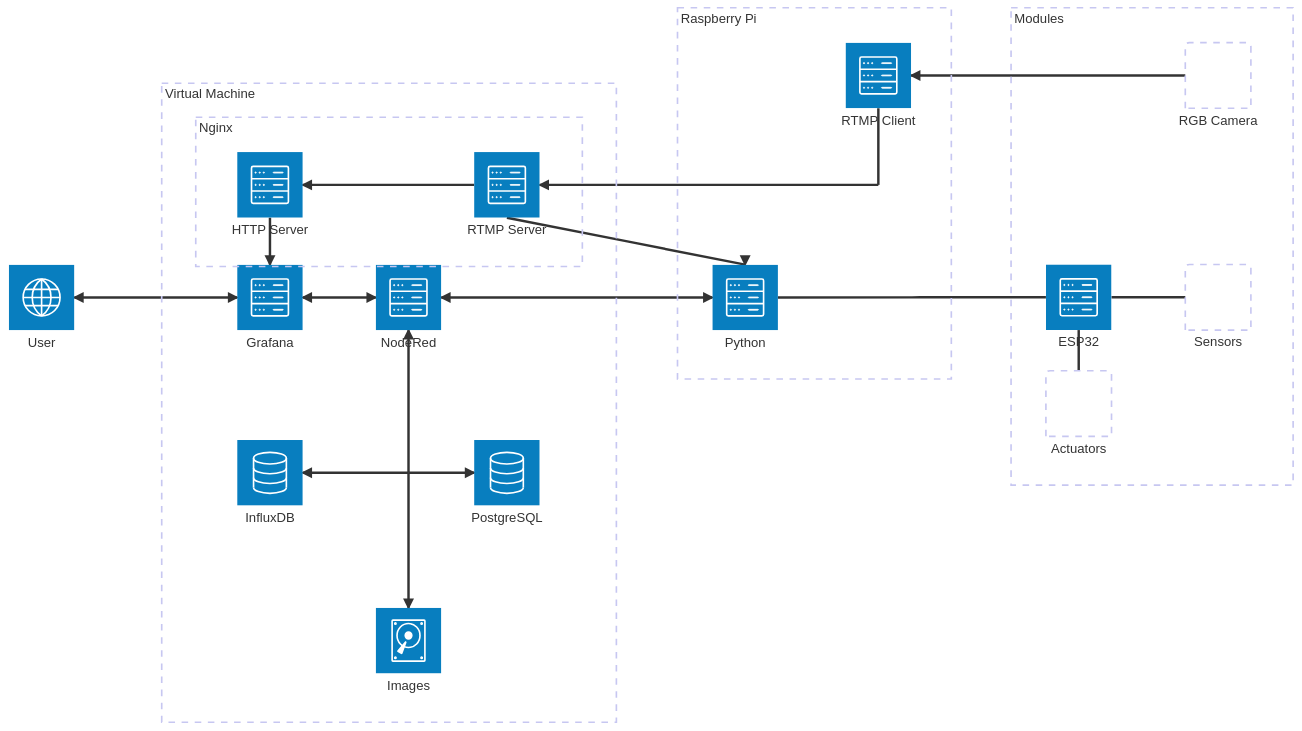
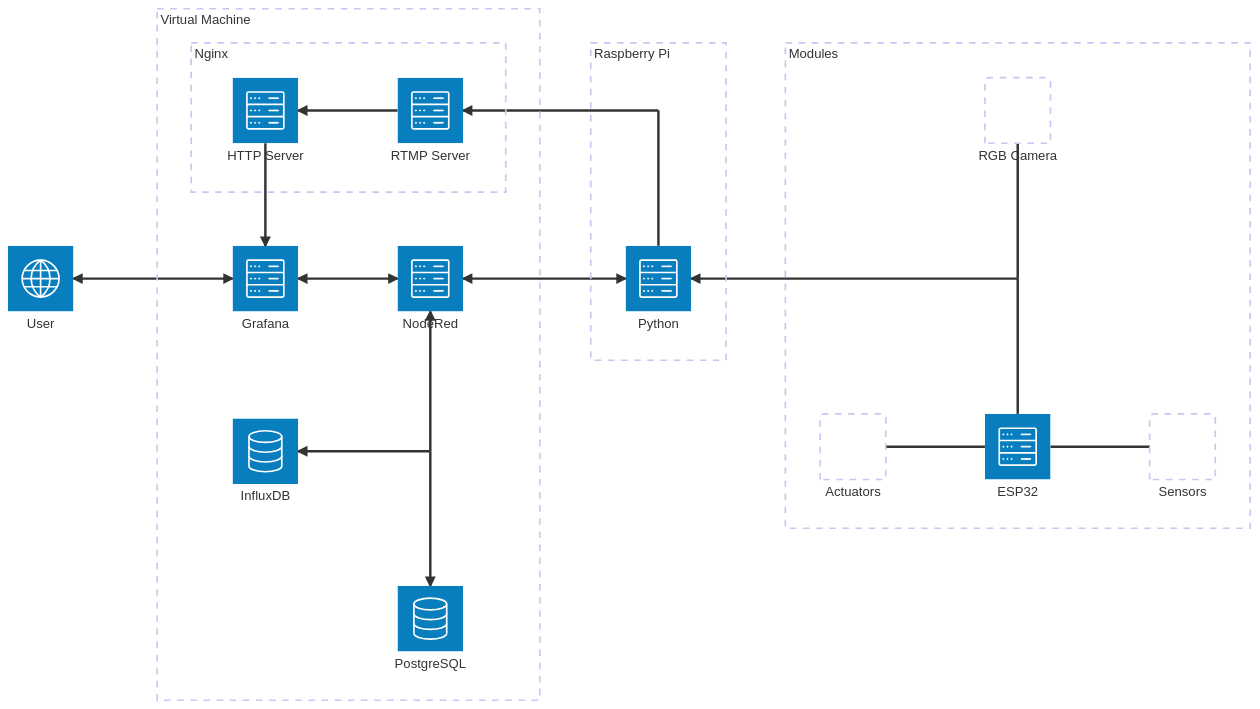
The diagram in docs/architecture.mmd (eggseal/camara-crecimiento), drawn with Mermaid before and after one commit. The commit also changed 13 other files, not shown here.

Commit message:
Add flowcharts and module Id

```diff
--- a/docs/architecture.mmd
+++ b/docs/architecture.mmd
@@ -1,51 +1,50 @@
 architecture-beta
 
     service user(internet)[User]
     
     group vm[Virtual Machine]
 
     service grafana(server)[Grafana] in vm
     service nodered(server)[NodeRed] in vm
     service influx(database)[InfluxDB] in vm
     service postgres(database)[PostgreSQL] in vm
-    service images(disk)[Images] in vm
 
     group nginx[Nginx] in vm
     service rtmpserver(server)[RTMP Server] in nginx
     service httpserver(server)[HTTP Server] in nginx
 
     junction data in vm
 
     user:R <--> L:grafana
     grafana:R <--> L:nodered
     grafana:T <-- B:httpserver
     nodered:B <-- T:data
     data:L --> R:influx
-    data:R --> L:postgres
-    data:B --> T:images
+    data:B --> T:postgres
     httpserver:R <-- L:rtmpserver
 
     group raspi[Raspberry Pi]
 
-    service rtmpclient(server)[RTMP Client] in raspi
     service python(server)[Python] in raspi
 
     junction video in raspi
 
     nodered:R <--> L:python
     rtmpserver:R <-- L:video
-    video:T -- B:rtmpclient
-    rtmpserver:B --> T:python
+    video:B -- T:python
 
     group module[Modules]
 
     service camera[RGB Camera] in module
     service sensors[Sensors] in module
     service actuators[Actuators] in module
     service esp(server)[ESP32] in module
 
+    junction components in module
 
-    python:R -- L:esp
+
+    esp:T -- B:components
+    camera:B -- T:components
+    components:L --> R:python
     esp:R -- L:sensors
-    esp:B -- T:actuators
-    rtmpclient:R <-- L:camera
+    esp:L -- R:actuators
```
